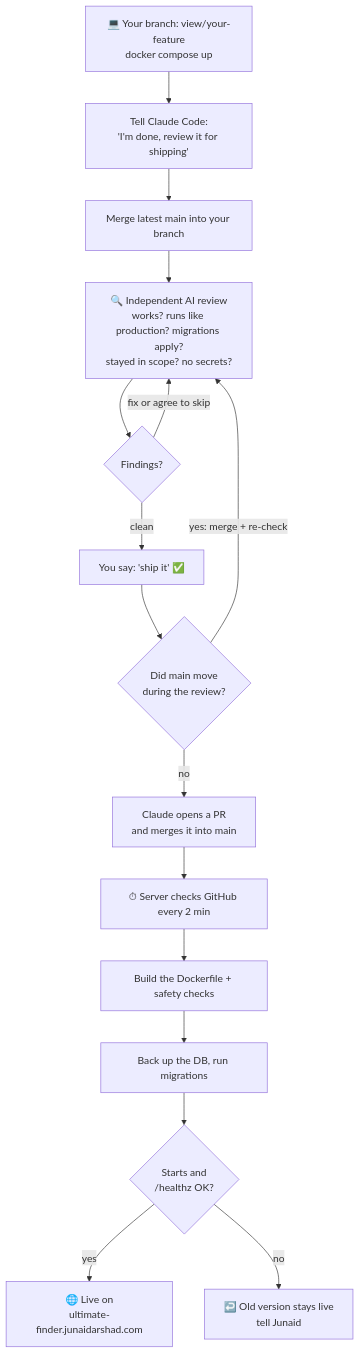
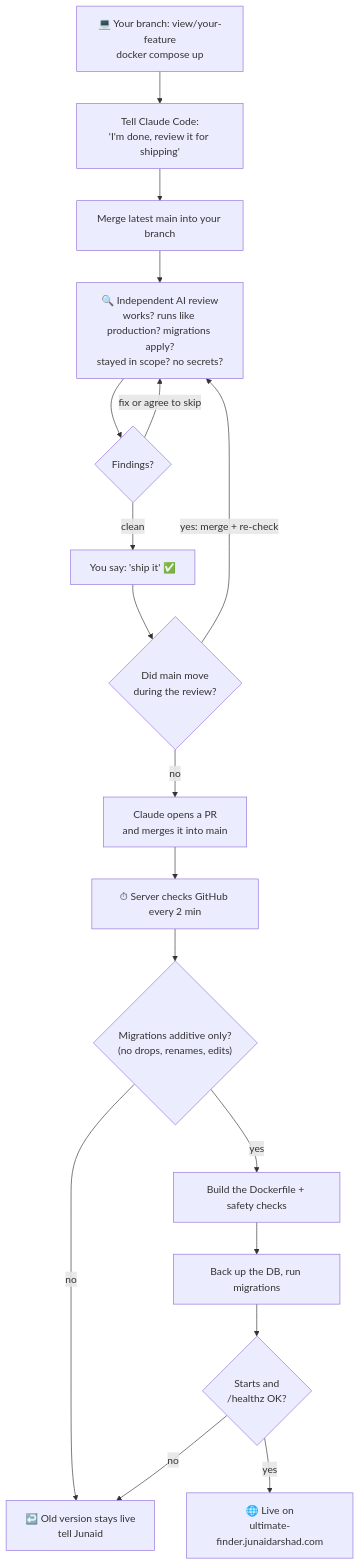
Before and after one commit to maniic/Ultimate-Finder: the third of 3 diagrams in docs/kickoff.md, drawn with Mermaid.

Commit message:
Kickoff diagram: show the server's additive-migration check

````diff
--- a/docs/kickoff.md
+++ b/docs/kickoff.md
@@ -130,18 +130,20 @@
 ```mermaid
 flowchart TD
     S1["💻 Your branch: view/your-feature<br/>docker compose up"] --> S2["Tell Claude Code:<br/>'I'm done, review it for shipping'"]
     S2 --> S3["Merge latest main into your branch"]
     S3 --> S4["🔍 Independent AI review<br/>works? runs like production? migrations apply?<br/>stayed in scope? no secrets?"]
     S4 --> S5{"Findings?"}
     S5 -- "fix or agree to skip" --> S4
     S5 -- "clean" --> S6["You say: 'ship it' ✅"]
     S6 --> S7{"Did main move<br/>during the review?"}
     S7 -- "yes: merge + re-check" --> S4
     S7 -- "no" --> S8["Claude opens a PR<br/>and merges it into main"]
     S8 --> S9["⏱ Server checks GitHub every 2 min"]
-    S9 --> S10["Build the Dockerfile + safety checks"]
+    S9 --> S9b{"Migrations additive only?<br/>(no drops, renames, edits)"}
+    S9b -- "no" --> S14
+    S9b -- "yes" --> S10["Build the Dockerfile + safety checks"]
     S10 --> S11["Back up the DB, run migrations"]
     S11 --> S12{"Starts and<br/>/healthz OK?"}
     S12 -- "yes" --> S13["🌐 Live on<br/>ultimate-finder.junaidarshad.com"]
     S12 -- "no" --> S14["↩️ Old version stays live<br/>tell Junaid"]
 ```
````
